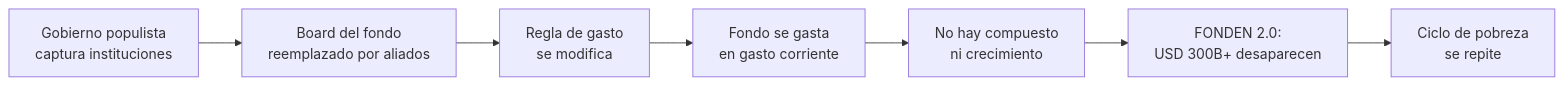
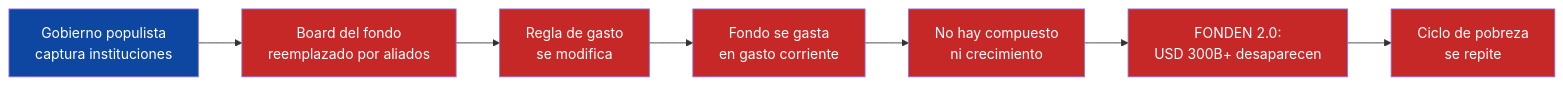
Before and after one commit to Venezuela-S-A/venezuela-sa: the fourth of 5 diagrams in docs/07-ejecucion/riesgos.md, drawn with Mermaid. The commit also changed other lines of this file and 127 other files, not shown here.

````diff
--- a/docs/07-ejecucion/riesgos.md
+++ b/docs/07-ejecucion/riesgos.md
@@ -181,9 +198,17 @@
 ```mermaid
 flowchart LR
     A[Gobierno populista<br>captura instituciones] --> B[Board del fondo<br>reemplazado por aliados]
     B --> C[Regla de gasto<br>se modifica]
     C --> D[Fondo se gasta<br>en gasto corriente]
     D --> E[No hay compuesto<br>ni crecimiento]
     E --> F[FONDEN 2.0:<br>USD 300B+ desaparecen]
     F --> G[Ciclo de pobreza<br>se repite]
+
+    style A fill:#0D47A1,color:#fff
+    style B fill:#C62828,color:#fff
+    style C fill:#C62828,color:#fff
+    style D fill:#C62828,color:#fff
+    style E fill:#C62828,color:#fff
+    style F fill:#C62828,color:#fff
+    style G fill:#C62828,color:#fff
 ```
````
